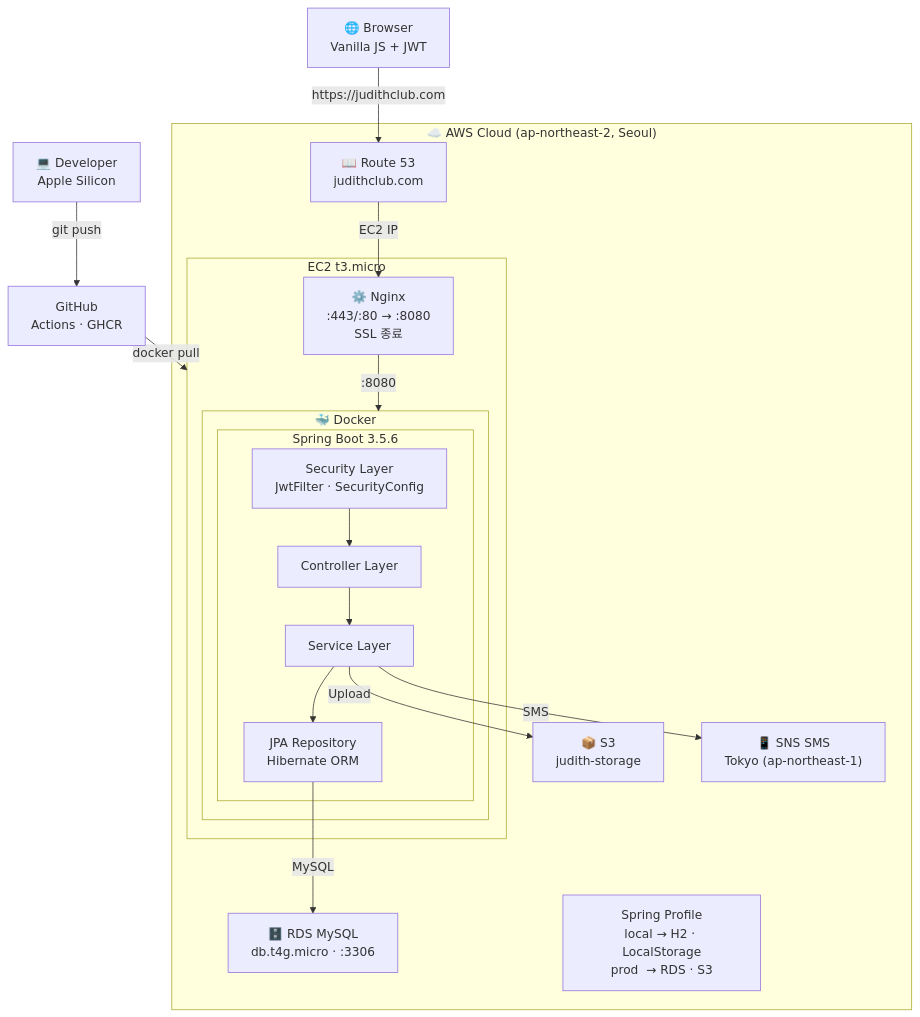
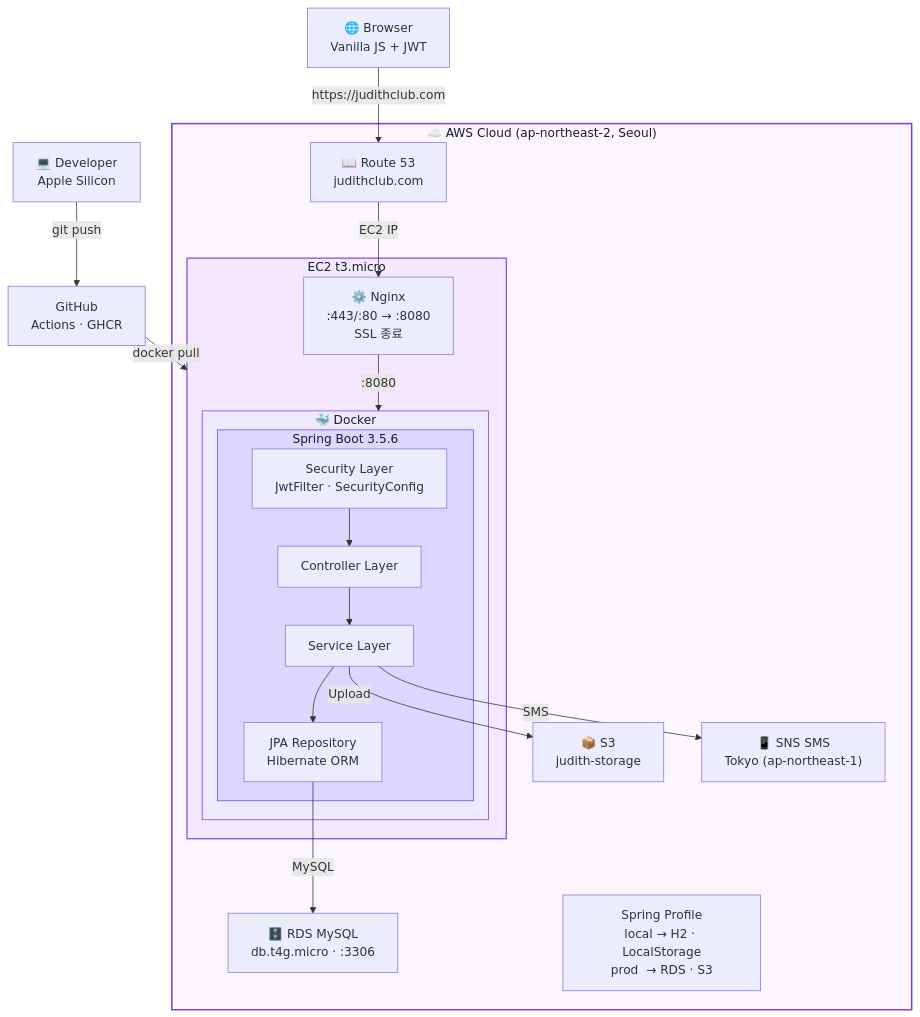
The first of 4 diagrams in README.md (Preta3418/Judith), drawn with Mermaid before and after one commit. The commit also changed 8 other files, not shown here.

````diff
--- a/README.md
+++ b/README.md
@@ -29,37 +29,42 @@
 ```mermaid
 graph TB
     Browser["🌐 Browser\nVanilla JS + JWT"]
     Dev["💻 Developer\nApple Silicon"]
     GitHub["GitHub\nActions · GHCR"]
     Route53["📖 Route 53\njudithclub.com"]
 
     Browser -->|"https://judithclub.com"| Route53
     Dev -->|"git push"| GitHub
     GitHub -->|"docker pull"| EC2
 
     subgraph AWS ["☁️ AWS Cloud (ap-northeast-2, Seoul)"]
         Route53 -->|"EC2 IP"| Nginx
         subgraph EC2 ["EC2 t3.micro"]
             Nginx["⚙️ Nginx\n:443/:80 → :8080\nSSL 종료"]
             subgraph Docker ["🐳 Docker"]
                 subgraph Spring ["Spring Boot 3.5.6"]
                     SEC["Security Layer\nJwtFilter · SecurityConfig"]
                     CTR["Controller Layer"]
                     SVC["Service Layer"]
                     REPO["JPA Repository\nHibernate ORM"]
                     SEC --> CTR --> SVC --> REPO
                 end
             end
         end
 
         RDS["🗄️ RDS MySQL\ndb.t4g.micro · :3306"]
         S3["📦 S3\njudith-storage"]
         SNS["📱 SNS SMS\nTokyo (ap-northeast-1)"]
         PROFILE["Spring Profile\nlocal → H2 · LocalStorage\nprod  → RDS · S3"]
         Nginx -->|":8080"| Docker
     end
 
     REPO -->|MySQL| RDS
     SVC -->|Upload| S3
     SVC -->|SMS| SNS
+
+    style AWS fill:#faf5ff,stroke:#7c3aed,stroke-width:2px,color:#1a1a2e
+    style EC2 fill:#f3e8ff,stroke:#7c3aed,stroke-width:1.5px,color:#1a1a2e
+    style Docker fill:#ede9fe,stroke:#7c3aed,stroke-width:1px,color:#1a1a2e
+    style Spring fill:#ddd6fe,stroke:#7c3aed,stroke-width:1px,color:#1a1a2e
 ```
````
